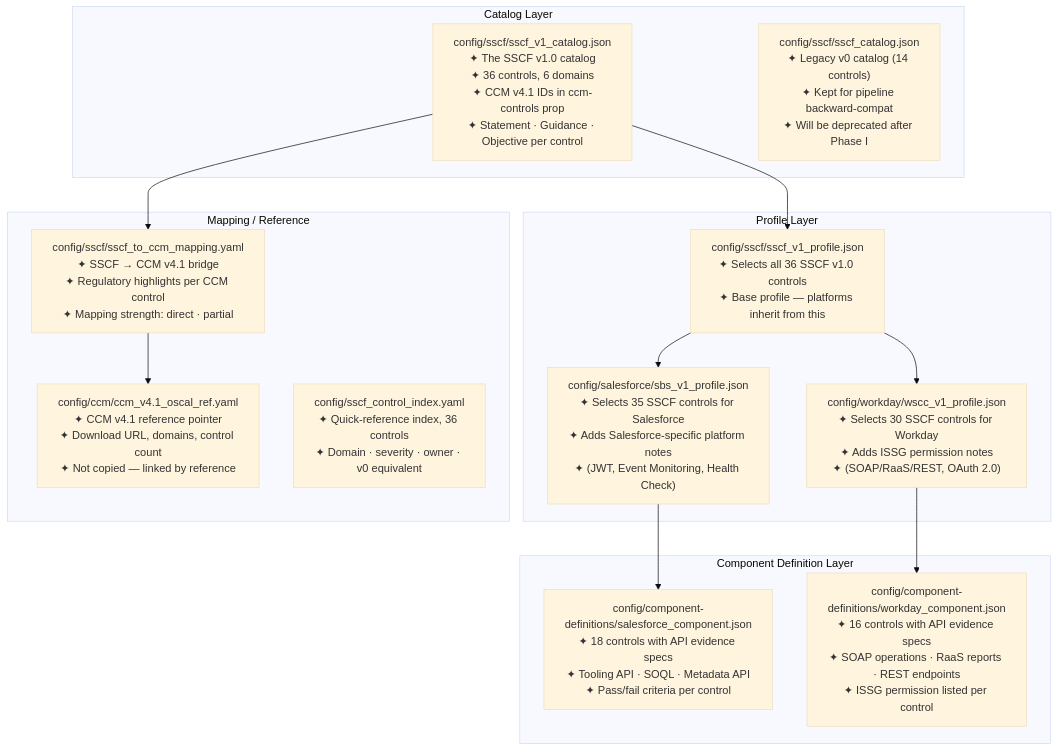
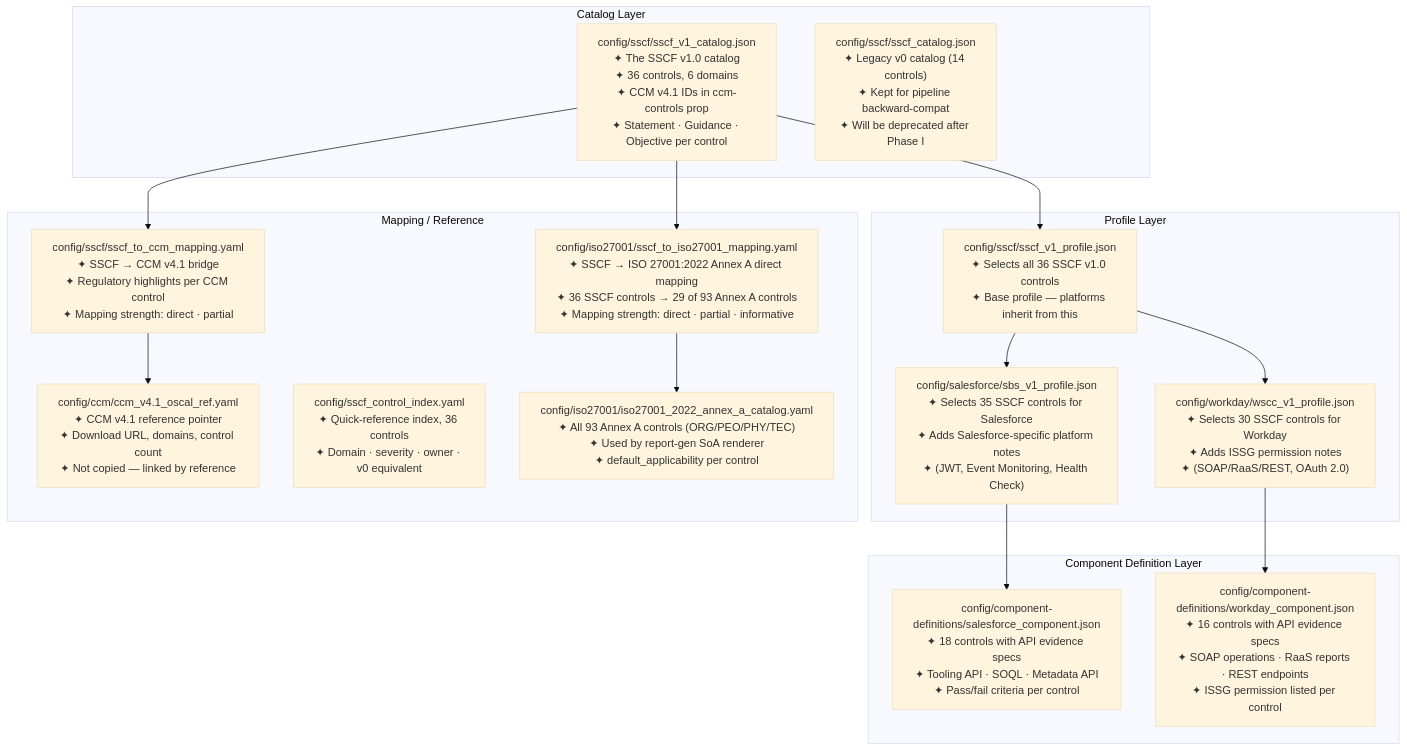
The fifth of 9 diagrams in docs/wiki/OSCAL-Guide.md (dfirs1car1o/saas-posture), drawn with Mermaid (base theme) before and after one commit. The commit also changed other lines of this file and 6 other files, not shown here.

````diff
--- a/docs/wiki/OSCAL-Guide.md
+++ b/docs/wiki/OSCAL-Guide.md
@@ -187,28 +187,31 @@
 ```mermaid
 flowchart TD
     subgraph CATALOG["Catalog Layer"]
         C1["config/sscf/sscf_v1_catalog.json\n✦ The SSCF v1.0 catalog\n✦ 36 controls, 6 domains\n✦ CCM v4.1 IDs in ccm-controls prop\n✦ Statement · Guidance · Objective per control"]
         C2["config/sscf/sscf_catalog.json\n✦ Legacy v0 catalog (14 controls)\n✦ Kept for pipeline backward-compat\n✦ Will be deprecated after Phase I"]
     end
 
     subgraph PROFILE["Profile Layer"]
         P1["config/sscf/sscf_v1_profile.json\n✦ Selects all 36 SSCF v1.0 controls\n✦ Base profile — platforms inherit from this"]
         P2["config/salesforce/sbs_v1_profile.json\n✦ Selects 35 SSCF controls for Salesforce\n✦ Adds Salesforce-specific platform notes\n✦ (JWT, Event Monitoring, Health Check)"]
         P3["config/workday/wscc_v1_profile.json\n✦ Selects 30 SSCF controls for Workday\n✦ Adds ISSG permission notes\n✦ (SOAP/RaaS/REST, OAuth 2.0)"]
     end
 
     subgraph COMPDEF["Component Definition Layer"]
         D1["config/component-definitions/salesforce_component.json\n✦ 18 controls with API evidence specs\n✦ Tooling API · SOQL · Metadata API\n✦ Pass/fail criteria per control"]
         D2["config/component-definitions/workday_component.json\n✦ 16 controls with API evidence specs\n✦ SOAP operations · RaaS reports · REST endpoints\n✦ ISSG permission listed per control"]
     end
 
     subgraph MAPPING["Mapping / Reference"]
         M1["config/sscf/sscf_to_ccm_mapping.yaml\n✦ SSCF → CCM v4.1 bridge\n✦ Regulatory highlights per CCM control\n✦ Mapping strength: direct · partial"]
         M2["config/ccm/ccm_v4.1_oscal_ref.yaml\n✦ CCM v4.1 reference pointer\n✦ Download URL, domains, control count\n✦ Not copied — linked by reference"]
         M3["config/sscf_control_index.yaml\n✦ Quick-reference index, 36 controls\n✦ Domain · severity · owner · v0 equivalent"]
+        M4["config/iso27001/sscf_to_iso27001_mapping.yaml\n✦ SSCF → ISO 27001:2022 Annex A direct mapping\n✦ 36 SSCF controls → 29 of 93 Annex A controls\n✦ Mapping strength: direct · partial · informative"]
+        M5["config/iso27001/iso27001_2022_annex_a_catalog.yaml\n✦ All 93 Annex A controls (ORG/PEO/PHY/TEC)\n✦ Used by report-gen SoA renderer\n✦ default_applicability per control"]
     end
 
     C1 --> P1 --> P2 --> D1
     P1 --> P3 --> D2
     C1 --> M1 --> M2
+    C1 --> M4 --> M5
 ```
````
